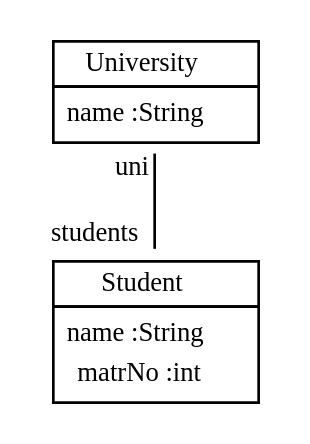
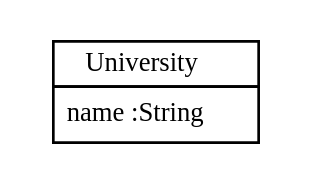
One commit to fujaba/SDMLib changed the diagram in doc/StudyRightClasses01.dot. Above: the diagram before and after it, drawn with Graphviz. The commit also changed 82 other files, not shown here.

```diff
--- a/doc/StudyRightClasses01.dot
+++ b/doc/StudyRightClasses01.dot
@@ -1,13 +1,11 @@
 
  graph ClassDiagram {
     node [shape = none, fontsize = 10]; 
     edge [fontsize = 10];
     
     
     University [label=<<table border='0' cellborder='1' cellspacing='0'> <tr> <td>University</td> </tr> <tr><td><table border='0' cellborder='0' cellspacing='0'> <tr><td>name :String</td></tr>  </table></td></tr> </table>>];
-    Student [label=<<table border='0' cellborder='1' cellspacing='0'> <tr> <td>Student</td> </tr> <tr><td><table border='0' cellborder='0' cellspacing='0'> <tr><td>name :String</td></tr> <tr><td>matrNo :int</td></tr>  </table></td></tr> </table>>];
     
     
     
-    University -- Student [headlabel = "students" taillabel = "uni"];
 }
```
